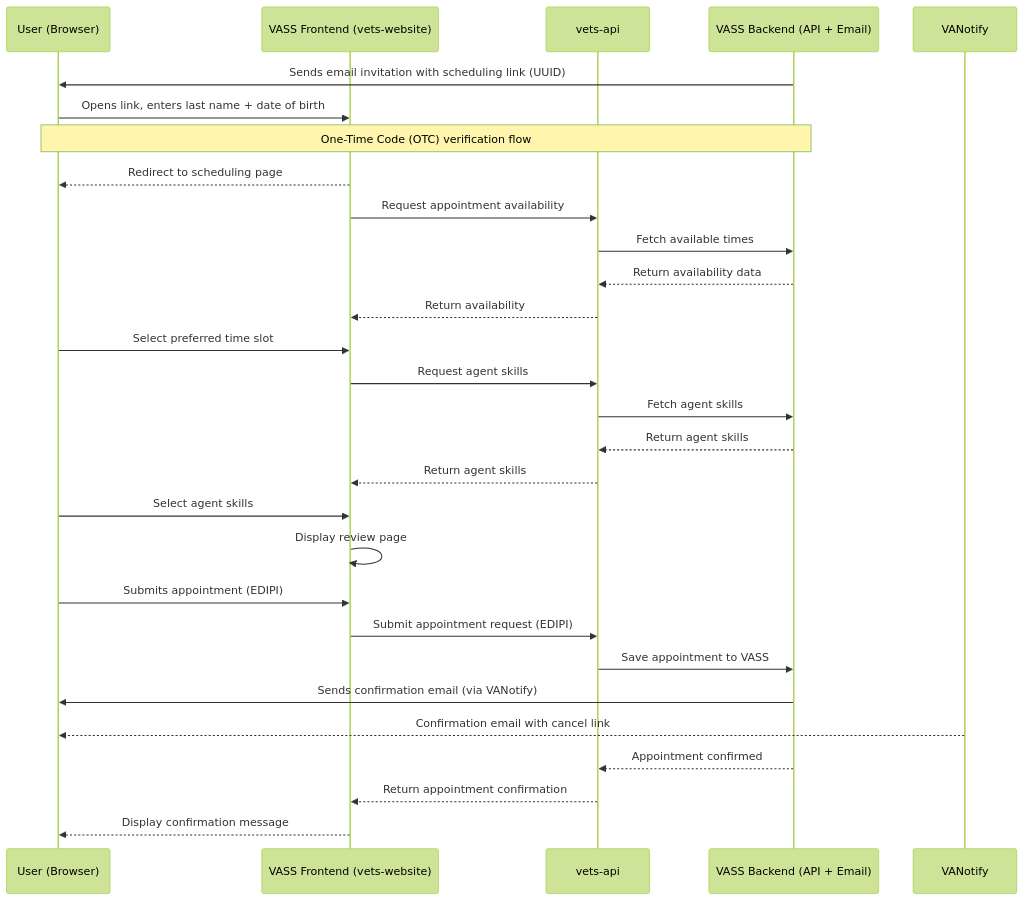
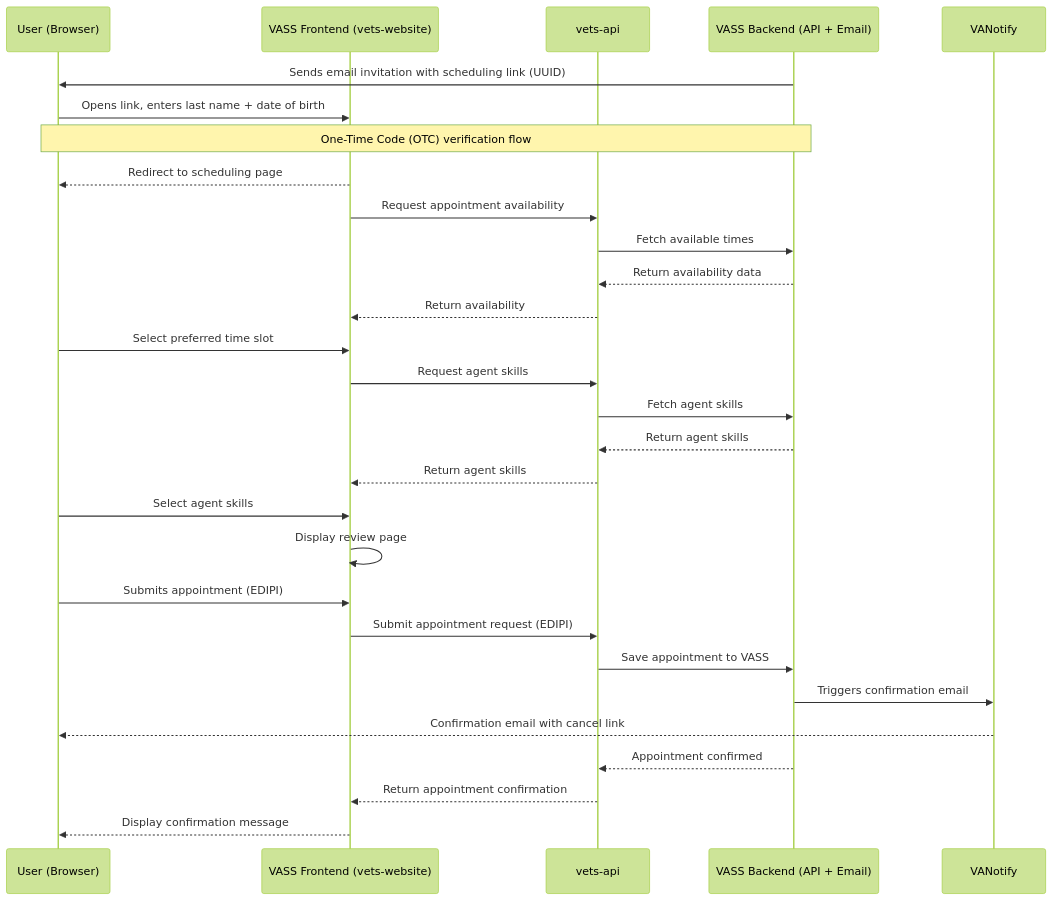
Before and after one commit to department-of-veterans-affairs/va.gov-team: the first of 3 diagrams in products/health-care/appointments/va-online-scheduling/initiatives/solid-start-scheduling/engineering/sequence-diagrams/otc-flow.md, drawn with Mermaid (forest theme).

````diff
--- a/products/health-care/appointments/va-online-scheduling/initiatives/solid-start-scheduling/engineering/sequence-diagrams/otc-flow.md
+++ b/products/health-care/appointments/va-online-scheduling/initiatives/solid-start-scheduling/engineering/sequence-diagrams/otc-flow.md
@@ -3,42 +3,42 @@
 ``` mermaid
 sequenceDiagram
     participant user as User (Browser)
     participant vetsWebsite as VASS Frontend (vets-website)
     participant vetsApi as vets-api
     participant vassBackend as VASS Backend (API + Email)
     participant vaNotify as VANotify
 
     %% Step 1: Email Invitation
     vassBackend->>user: Sends email invitation with scheduling link (UUID)
 
     %% Step 2: User validates identity
     user->>vetsWebsite: Opens link, enters last name + date of birth
     Note over user,vassBackend: One-Time Code (OTC) verification flow
     vetsWebsite-->>user: Redirect to scheduling page
 
     %% Step 3: View available times
     vetsWebsite->>vetsApi: Request appointment availability
     vetsApi->>vassBackend: Fetch available times
     vassBackend-->>vetsApi: Return availability data
     vetsApi-->>vetsWebsite: Return availability
     user->>vetsWebsite: Select preferred time slot
 
     %% Step 4: Agent skills
     vetsWebsite->>vetsApi: Request agent skills
     vetsApi->>vassBackend: Fetch agent skills
     vassBackend-->>vetsApi: Return agent skills
     vetsApi-->>vetsWebsite: Return agent skills
     user->>vetsWebsite: Select agent skills
     vetsWebsite->>vetsWebsite: Display review page
 
     %% Step 5: Confirm appointment
     user->>vetsWebsite: Submits appointment (EDIPI)
     vetsWebsite->>vetsApi: Submit appointment request (EDIPI)
     vetsApi->>vassBackend: Save appointment to VASS
-    vassBackend->>user: Sends confirmation email (via VANotify)
+    vassBackend->>vaNotify: Triggers confirmation email
     vaNotify-->>user: Confirmation email with cancel link
     vassBackend-->>vetsApi: Appointment confirmed
 
     vetsApi-->>vetsWebsite: Return appointment confirmation
     vetsWebsite-->>user: Display confirmation message
 ```
````
